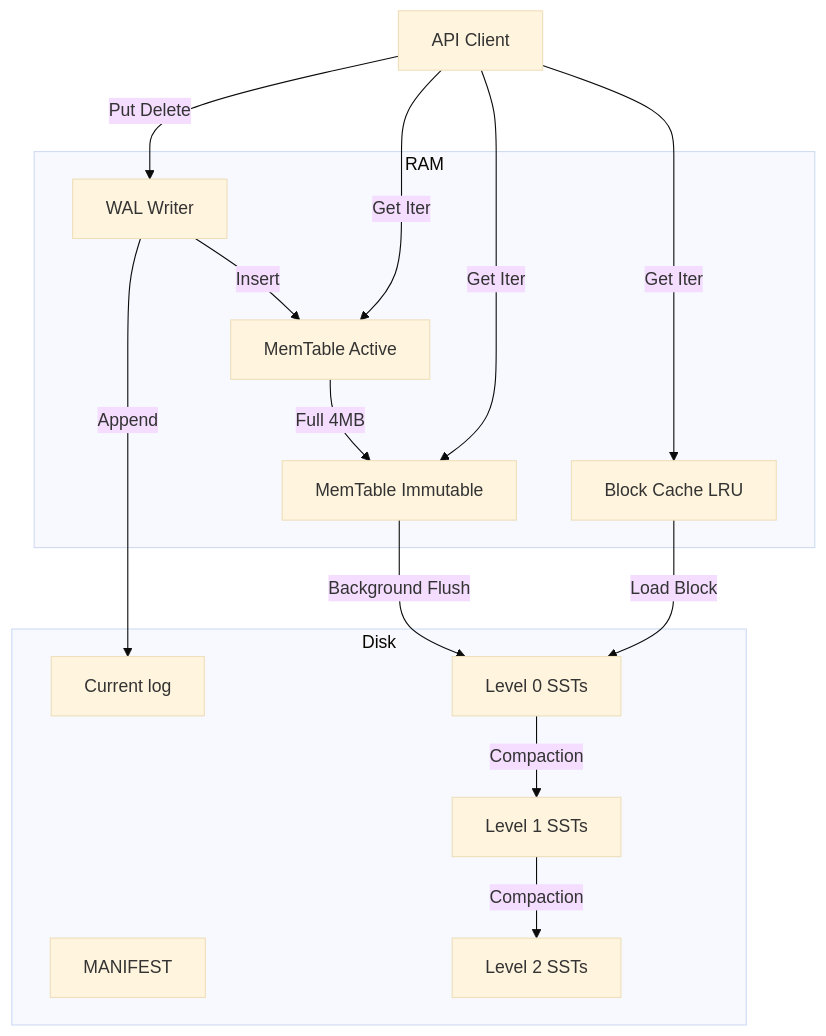
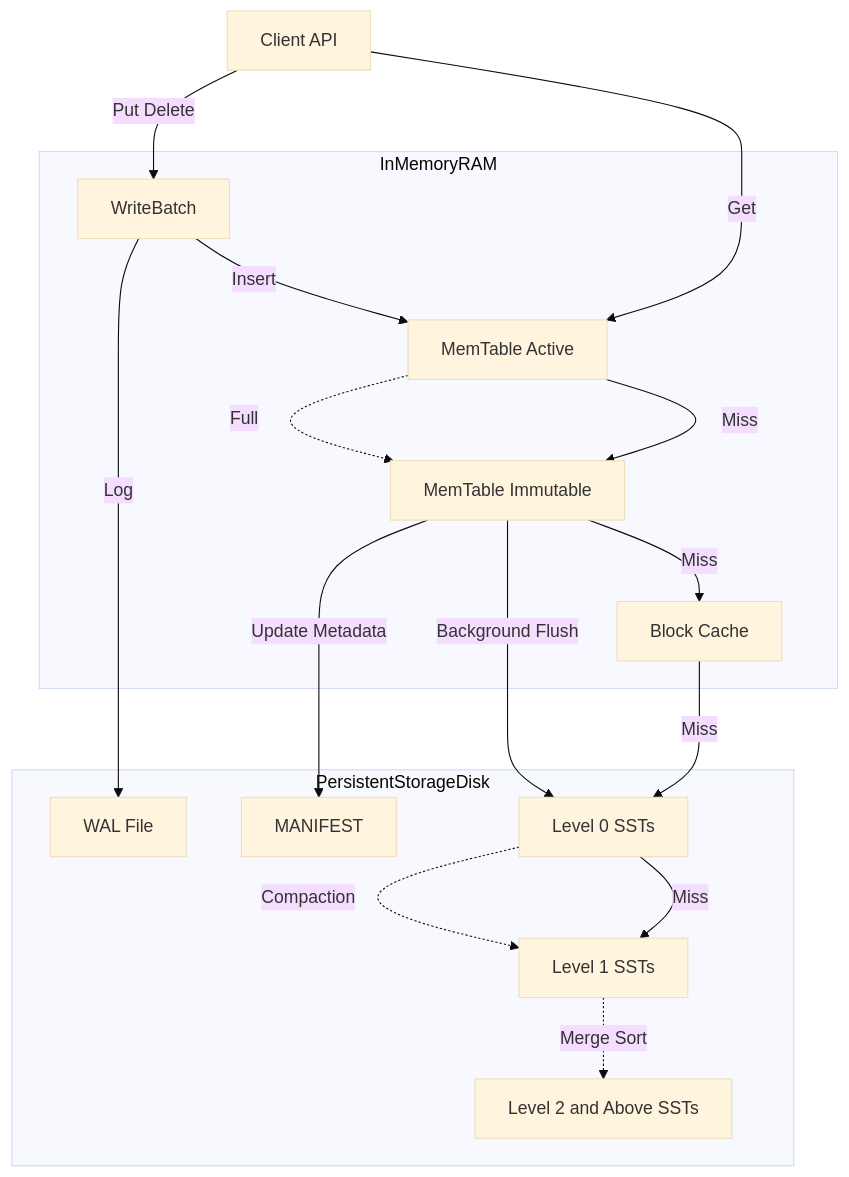
The diagram in docs/PRD.md (bit2swaz/lithos), drawn with Mermaid (base theme) before and after one commit. The commit also changed other lines of this file, not shown here.

````diff
--- a/docs/PRD.md
+++ b/docs/PRD.md
@@ -36,35 +38,36 @@
 ```mermaid
 graph TD
-    User[API Client]
-    
-    subgraph RAM
-        WAL_Writer[WAL Writer]
-        Mem_Active[MemTable Active]
-        Mem_Imm[MemTable Immutable]
-        Cache[Block Cache LRU]
+    Client[Client API]
+
+    subgraph InMemoryRAM
+        WB[WriteBatch]
+        MemActive[MemTable Active]
+        MemImm[MemTable Immutable]
+        Cache[Block Cache]
     end
 
-    subgraph Disk
-        WAL_File[Current log]
+    subgraph PersistentStorageDisk
+        WAL[WAL File]
         Manifest[MANIFEST]
-        SST_L0[Level 0 SSTs]
-        SST_L1[Level 1 SSTs]
-        SST_L2[Level 2 SSTs]
+        L0[Level 0 SSTs]
+        L1[Level 1 SSTs]
+        L2[Level 2 and Above SSTs]
     end
 
-    User -->|Put Delete| WAL_Writer
-    WAL_Writer -->|Append| WAL_File
-    WAL_Writer -->|Insert| Mem_Active
-    
-    Mem_Active -->|Full 4MB| Mem_Imm
-    Mem_Imm -->|Background Flush| SST_L0
-    
-    SST_L0 -->|Compaction| SST_L1
-    SST_L1 -->|Compaction| SST_L2
-    
-    User -->|Get Iter| Mem_Active
-    User -->|Get Iter| Mem_Imm
-    User -->|Get Iter| Cache
-    Cache -->|Load Block| SST_L0
+    Client -->|Put Delete| WB
+    WB -->|Log| WAL
+    WB -->|Insert| MemActive
 
+    MemActive -.->|Full| MemImm
+    MemImm -->|Background Flush| L0
+    MemImm -->|Update Metadata| Manifest
+
+    L0 -.->|Compaction| L1
+    L1 -.->|Merge Sort| L2
+
+    Client -->|Get| MemActive
+    MemActive -->|Miss| MemImm
+    MemImm -->|Miss| Cache
+    Cache -->|Miss| L0
+    L0 -->|Miss| L1
 ```
````
